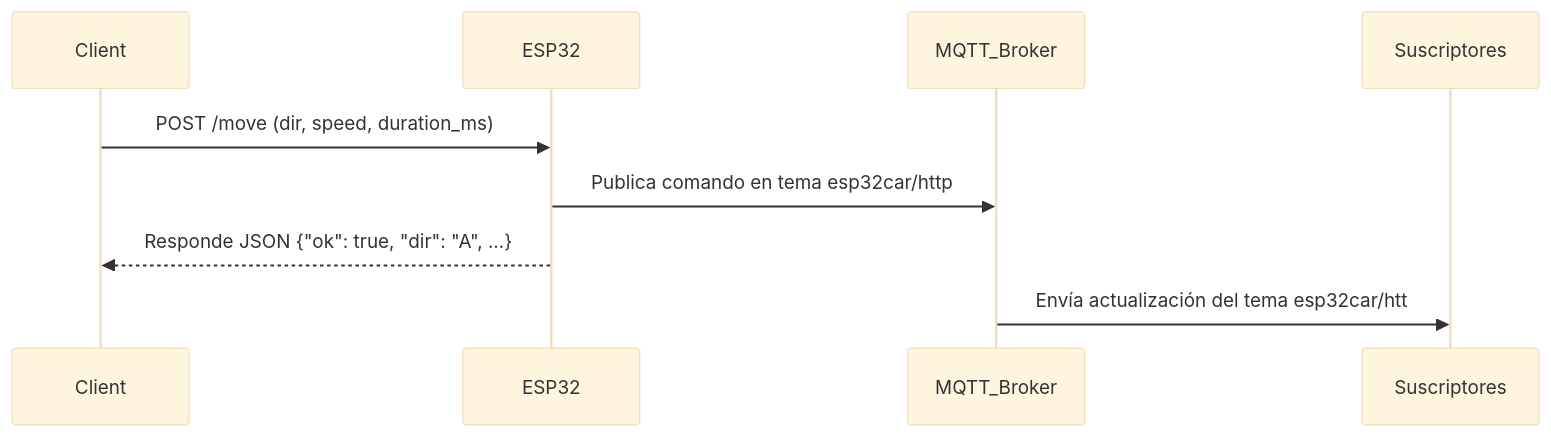
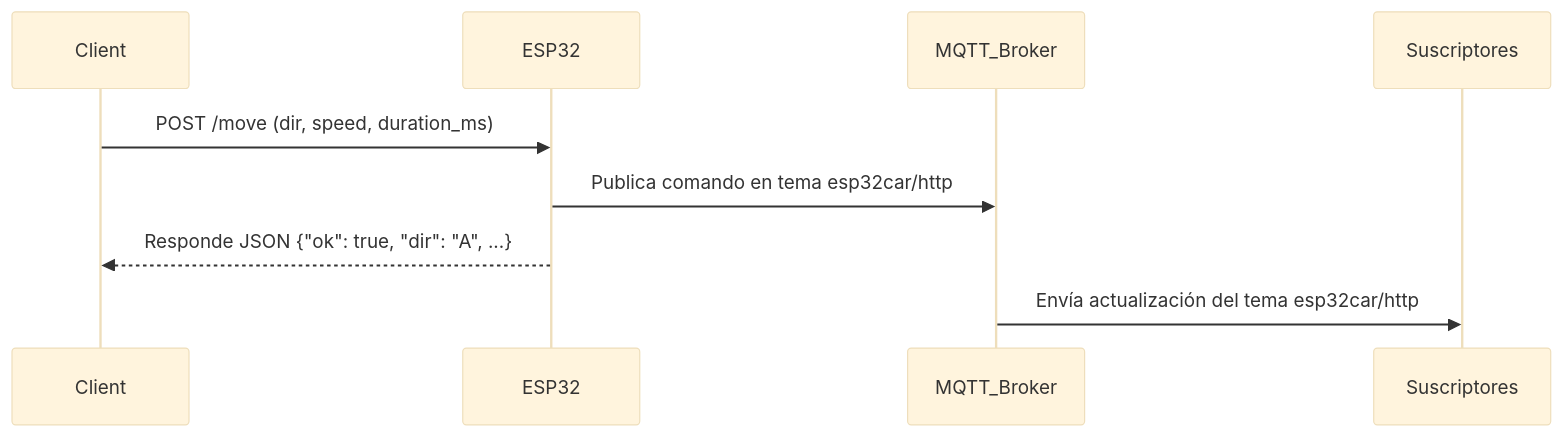
One commit to isadiazac/Control_carro_iot changed the diagram in README.md. Above: the diagram before and after it, drawn with Mermaid (base theme).

````diff
--- a/README.md
+++ b/README.md
@@ -124,12 +124,12 @@
 ```mermaid
 sequenceDiagram
     participant Client
     participant ESP32
     participant MQTT_Broker
     participant Suscriptores
 
     Client->>ESP32: POST /move (dir, speed, duration_ms)
     ESP32->>MQTT_Broker: Publica comando en tema esp32car/http
     ESP32-->>Client: Responde JSON {"ok": true, "dir": "A", ...}
-    MQTT_Broker->>Suscriptores: Envía actualización del tema esp32car/htt
+    MQTT_Broker->>Suscriptores: Envía actualización del tema esp32car/http
 ```
````
